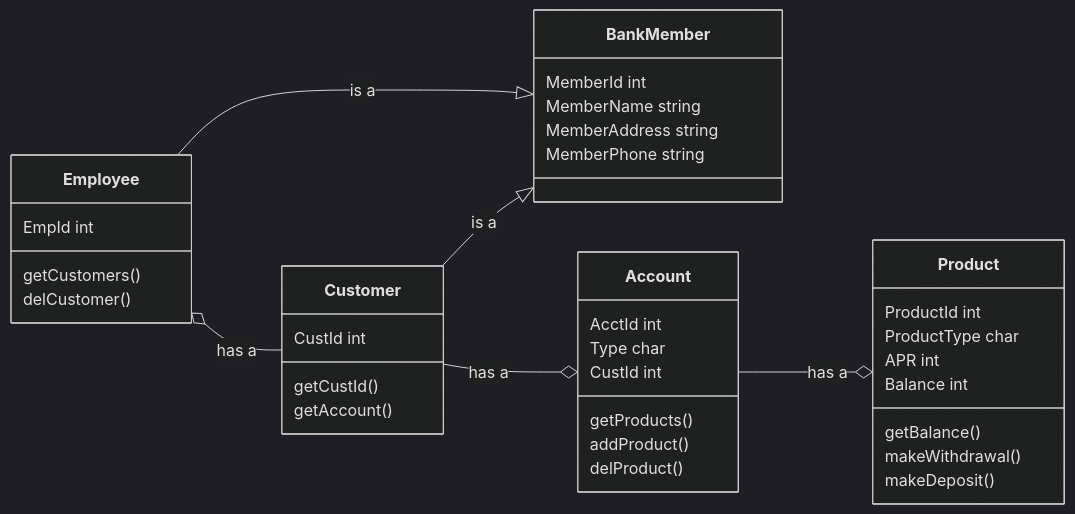
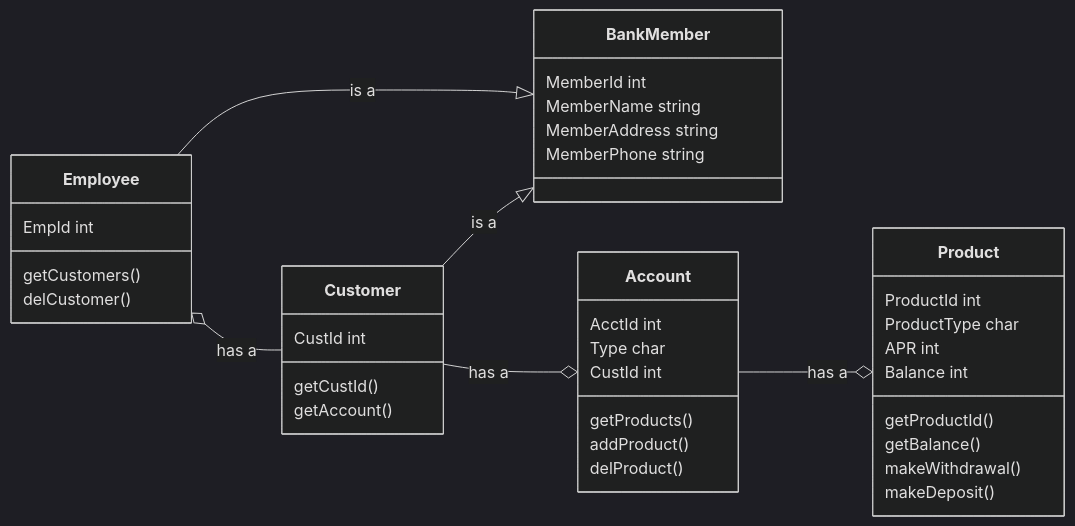
Before and after one commit to Marcus-Snell/Test: the diagram in mermaid.md, drawn with Mermaid (dark theme).

````diff
--- a/mermaid.md
+++ b/mermaid.md
@@ -1,42 +1,43 @@
 ```mermaid
 classDiagram
 direction LR
 BankMember
 BankMember : MemberId int
 BankMember : MemberName string
 BankMember : MemberAddress string
 BankMember : MemberPhone string
 
 
 Employee --|> BankMember : is a
 Employee o-- Customer : has a
 Employee : EmpId int
 Employee : getCustomers()
 Employee : delCustomer()
 
 Customer --|> BankMember : is a
 Customer --o Account : has a
 Customer : CustId int
 Customer : getCustId()
 Customer : getAccount()
 
 Account --o Product : has a
 Account : AcctId int
 Account : Type char
 Account : CustId int
 Account : getProducts()
 Account : addProduct()
 Account : delProduct()
 
 
 
 
 Product : ProductId int
 Product : ProductType char
 Product : APR int
 Product : Balance int
+Product : getProductId()
 Product : getBalance()
 Product : makeWithdrawal()
 Product : makeDeposit()
 
 ```
````
